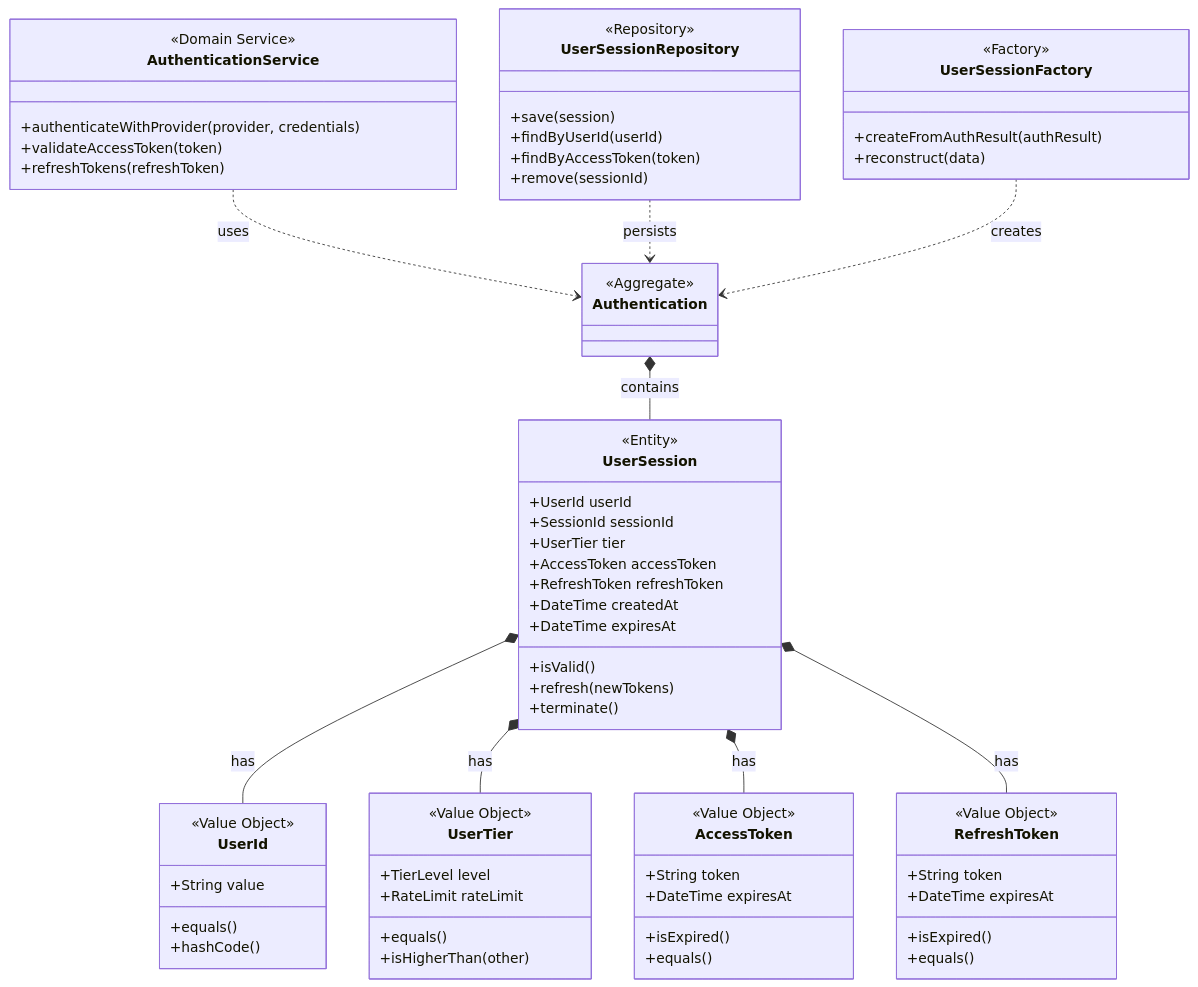
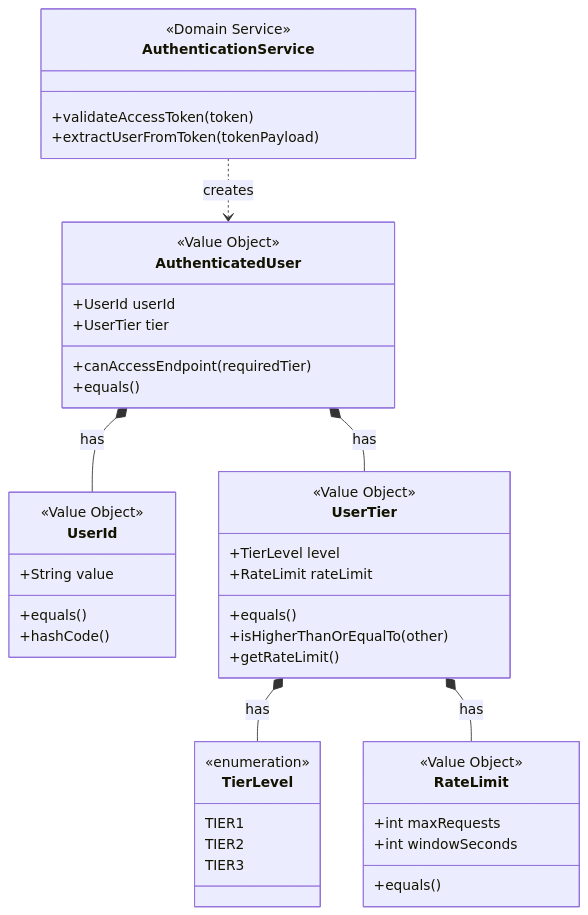
One commit to hydrangeas/redis-test changed the first of 14 diagrams in docs/specs/step5-design.md. Above: the diagram before and after it, drawn with Mermaid. The commit also changed other lines of this file, not shown here.

````diff
--- a/docs/specs/step5-design.md
+++ b/docs/specs/step5-design.md
@@ -7,23 +7,12 @@
 ```mermaid
 classDiagram
-    %% 集約の境界
-    class Authentication {
-        <<Aggregate>>
-    }
-    
-    %% エンティティ
-    class UserSession {
-        <<Entity>>
+    %% バリューオブジェクト（認証済みユーザー）
+    class AuthenticatedUser {
+        <<Value Object>>
         +UserId userId
-        +SessionId sessionId
         +UserTier tier
-        +AccessToken accessToken
-        +RefreshToken refreshToken
-        +DateTime createdAt
-        +DateTime expiresAt
-        +isValid()
-        +refresh(newTokens)
-        +terminate()
+        +canAccessEndpoint(requiredTier)
+        +equals()
     }
     
     %% バリューオブジェクト
@@ -39,56 +28,35 @@
         +TierLevel level
         +RateLimit rateLimit
         +equals()
-        +isHigherThan(other)
+        +isHigherThanOrEqualTo(other)
+        +getRateLimit()
     }
     
-    class AccessToken {
-        <<Value Object>>
-        +String token
-        +DateTime expiresAt
-        +isExpired()
-        +equals()
+    class TierLevel {
+        <<enumeration>>
+        TIER1
+        TIER2
+        TIER3
     }
     
-    class RefreshToken {
+    class RateLimit {
         <<Value Object>>
-        +String token
-        +DateTime expiresAt
-        +isExpired()
+        +int maxRequests
+        +int windowSeconds
         +equals()
     }
     
     %% ドメインサービス
     class AuthenticationService {
         <<Domain Service>>
-        +authenticateWithProvider(provider, credentials)
         +validateAccessToken(token)
-        +refreshTokens(refreshToken)
-    }
-    
-    %% リポジトリインターフェース
-    class UserSessionRepository {
-        <<Repository>>
-        +save(session)
-        +findByUserId(userId)
-        +findByAccessToken(token)
-        +remove(sessionId)
-    }
-    
-    %% ファクトリ
-    class UserSessionFactory {
-        <<Factory>>
-        +createFromAuthResult(authResult)
-        +reconstruct(data)
+        +extractUserFromToken(tokenPayload)
     }
     
     %% 関係性
-    Authentication *-- UserSession : contains
-    UserSession *-- UserId : has
-    UserSession *-- UserTier : has
-    UserSession *-- AccessToken : has
-    UserSession *-- RefreshToken : has
-    AuthenticationService ..> Authentication : uses
-    UserSessionRepository ..> Authentication : persists
-    UserSessionFactory ..> Authentication : creates
+    AuthenticatedUser *-- UserId : has
+    AuthenticatedUser *-- UserTier : has
+    UserTier *-- TierLevel : has
+    UserTier *-- RateLimit : has
+    AuthenticationService ..> AuthenticatedUser : creates
 ```
````
